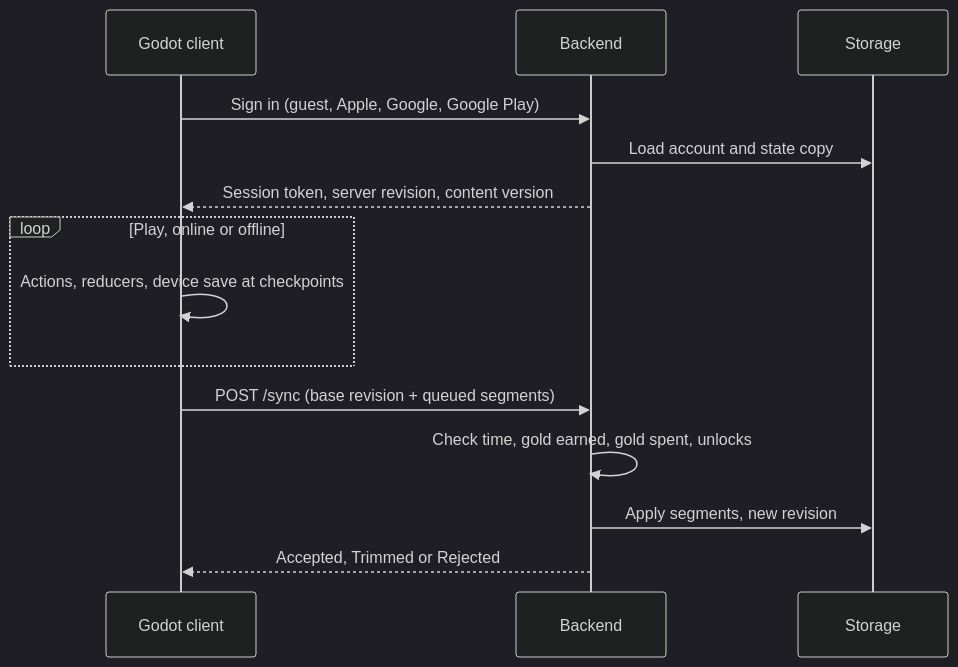
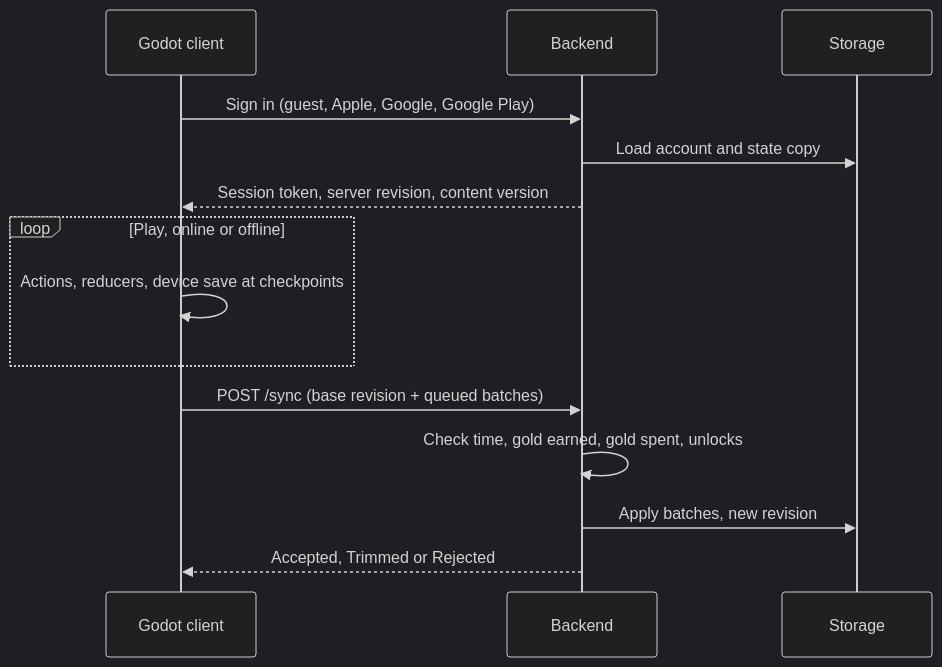
Before and after one commit to zachkw/vaporwave_vikings_idle: the diagram in docs/technical/architecture.md, drawn with Mermaid (dark theme). The commit also changed other lines of this file and 24 other files, not shown here.

````diff
--- a/docs/technical/architecture.md
+++ b/docs/technical/architecture.md
@@ -16,16 +16,16 @@
 ```mermaid
 sequenceDiagram
     participant C as Godot client
     participant S as Backend
     participant DB as Storage
     C->>S: Sign in (guest, Apple, Google, Google Play)
     S->>DB: Load account and state copy
     S-->>C: Session token, server revision, content version
     loop Play, online or offline
         C->>C: Actions, reducers, device save at checkpoints
     end
-    C->>S: POST /sync (base revision + queued segments)
+    C->>S: POST /sync (base revision + queued batches)
     S->>S: Check time, gold earned, gold spent, unlocks
-    S->>DB: Apply segments, new revision
+    S->>DB: Apply batches, new revision
     S-->>C: Accepted, Trimmed or Rejected
 ```
````
